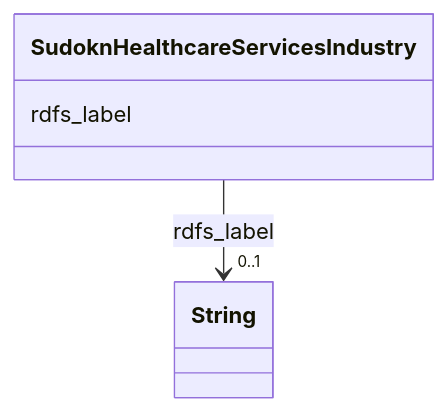
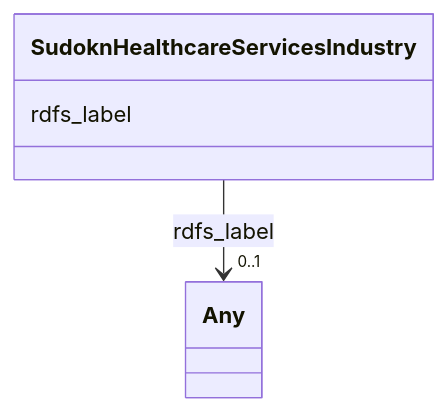
Before and after one commit to frink-okn/graph-descriptions: the diagram in sudokn-kg/classes/SudoknHealthcareServicesIndustry.md, drawn with Mermaid. The commit also changed other lines of this file and 903 other files, not shown here.

````diff
--- a/sudokn-kg/classes/SudoknHealthcareServicesIndustry.md
+++ b/sudokn-kg/classes/SudoknHealthcareServicesIndustry.md
@@ -23,15 +18,15 @@
 ```mermaid
  classDiagram
     class SudoknHealthcareServicesIndustry
     click SudoknHealthcareServicesIndustry href "../SudoknHealthcareServicesIndustry"
       SudoknHealthcareServicesIndustry : rdfs_label
         
           
     
     
-    SudoknHealthcareServicesIndustry --> "0..1" String : rdfs_label
-    click String href "../String"
+    SudoknHealthcareServicesIndustry --> "0..1" Any : rdfs_label
+    click Any href "../Any"
 
         
       
 ```
````
